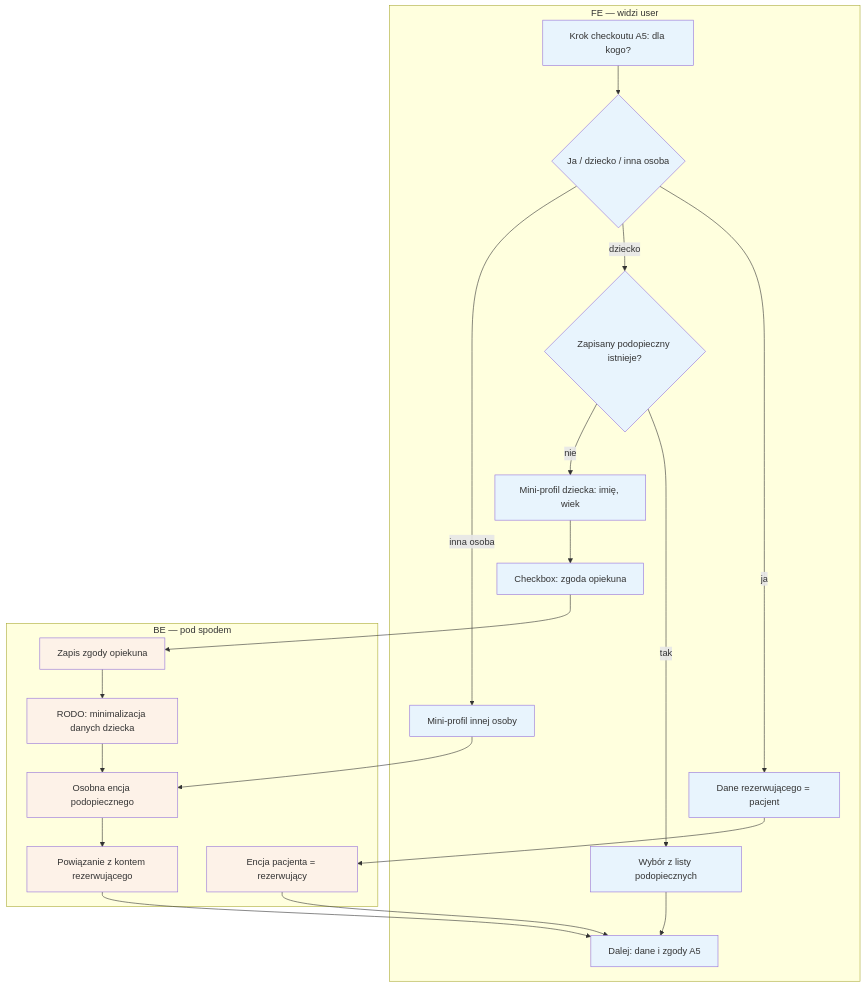
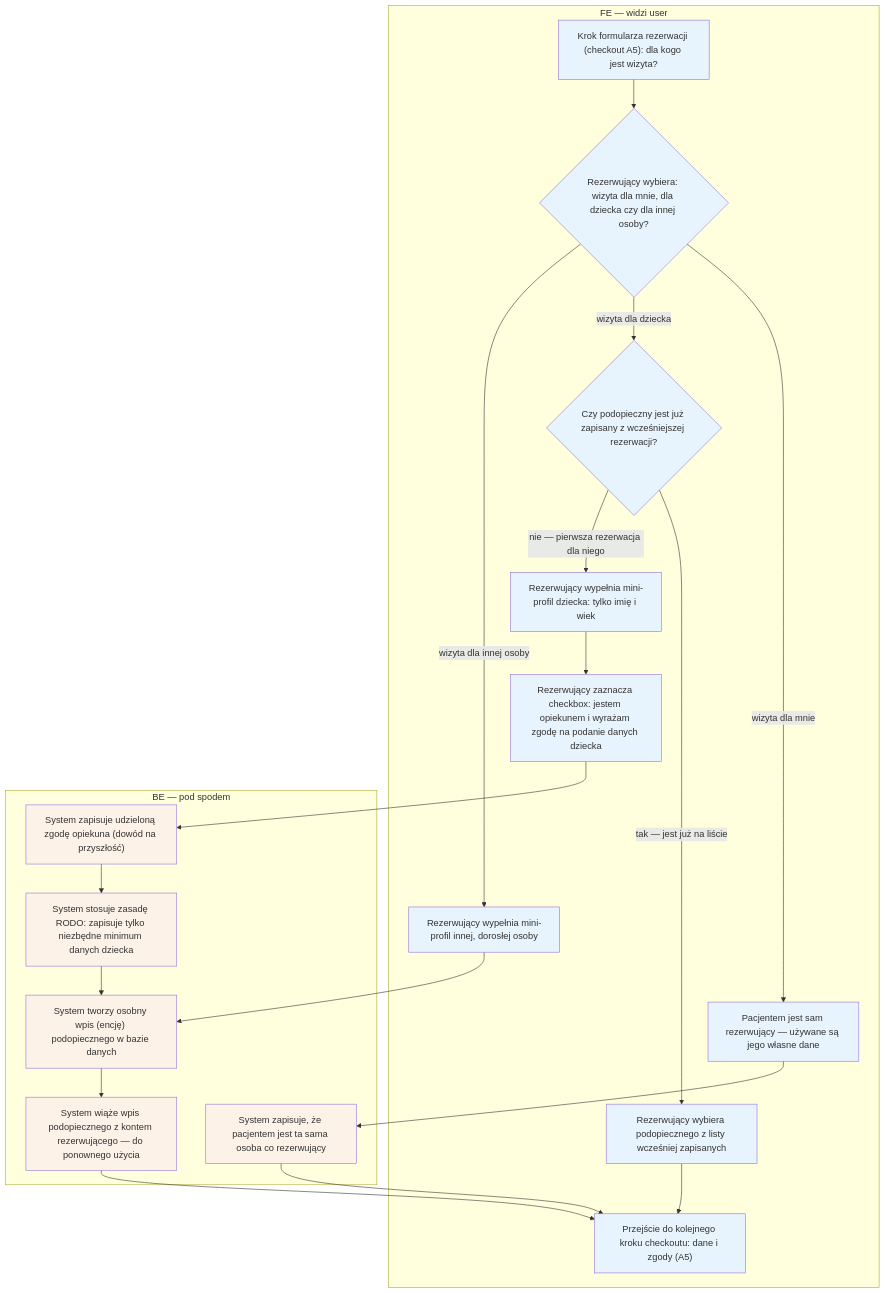
The diagram in diagrams/b-pacjent-konto/b7-pacjent-podopieczny.md (QooperBoy/medivo_portal), drawn with Mermaid before and after one commit. The commit also changed other lines of this file and 47 other files, not shown here.

First line of the commit message:
czytelnosc: pelne etykiety + sekcje Aktorzy i Objasnienie blokow (23 diagramy)

````diff
--- a/diagrams/b-pacjent-konto/b7-pacjent-podopieczny.md
+++ b/diagrams/b-pacjent-konto/b7-pacjent-podopieczny.md
@@ -3,33 +3,33 @@
 ```mermaid
 flowchart TD
     subgraph FE["FE — widzi user"]
-        KROK["Krok checkoutu A5: dla kogo?"]
-        WYBOR{"Ja / dziecko / inna osoba"}
-        JA["Dane rezerwującego = pacjent"]
-        ZAPISANI{"Zapisany podopieczny istnieje?"}
-        WYBORZAP["Wybór z listy podopiecznych"]
-        MINIPROFIL["Mini-profil dziecka: imię, wiek"]
-        ZGODA["Checkbox: zgoda opiekuna"]
-        INNA["Mini-profil innej osoby"]
-        DALEJ["Dalej: dane i zgody A5"]
+        KROK["Krok formularza rezerwacji (checkout A5): dla kogo jest wizyta?"]
+        WYBOR{"Rezerwujący wybiera: wizyta dla mnie, dla dziecka czy dla innej osoby?"}
+        JA["Pacjentem jest sam rezerwujący — używane są jego własne dane"]
+        ZAPISANI{"Czy podopieczny jest już zapisany z wcześniejszej rezerwacji?"}
+        WYBORZAP["Rezerwujący wybiera podopiecznego z listy wcześniej zapisanych"]
+        MINIPROFIL["Rezerwujący wypełnia mini-profil dziecka: tylko imię i wiek"]
+        ZGODA["Rezerwujący zaznacza checkbox: jestem opiekunem i wyrażam zgodę na podanie danych dziecka"]
+        INNA["Rezerwujący wypełnia mini-profil innej, dorosłej osoby"]
+        DALEJ["Przejście do kolejnego kroku checkoutu: dane i zgody (A5)"]
     end
     subgraph BE["BE — pod spodem"]
-        ENCJAJA["Encja pacjenta = rezerwujący"]
-        ZGODAZAPIS["Zapis zgody opiekuna"]
-        RODO["RODO: minimalizacja danych dziecka"]
-        ENCJAP["Osobna encja podopiecznego"]
-        LINKKONTO["Powiązanie z kontem rezerwującego"]
+        ENCJAJA["System zapisuje, że pacjentem jest ta sama osoba co rezerwujący"]
+        ZGODAZAPIS["System zapisuje udzieloną zgodę opiekuna (dowód na przyszłość)"]
+        RODO["System stosuje zasadę RODO: zapisuje tylko niezbędne minimum danych dziecka"]
+        ENCJAP["System tworzy osobny wpis (encję) podopiecznego w bazie danych"]
+        LINKKONTO["System wiąże wpis podopiecznego z kontem rezerwującego — do ponownego użycia"]
     end
     KROK --> WYBOR
-    WYBOR -->|ja| JA --> ENCJAJA --> DALEJ
-    WYBOR -->|dziecko| ZAPISANI
-    ZAPISANI -->|tak| WYBORZAP --> DALEJ
-    ZAPISANI -->|nie| MINIPROFIL --> ZGODA --> ZGODAZAPIS
+    WYBOR -->|wizyta dla mnie| JA --> ENCJAJA --> DALEJ
+    WYBOR -->|wizyta dla dziecka| ZAPISANI
+    ZAPISANI -->|tak — jest już na liście| WYBORZAP --> DALEJ
+    ZAPISANI -->|nie — pierwsza rezerwacja dla niego| MINIPROFIL --> ZGODA --> ZGODAZAPIS
     ZGODAZAPIS --> RODO --> ENCJAP
-    WYBOR -->|inna osoba| INNA --> ENCJAP
+    WYBOR -->|wizyta dla innej osoby| INNA --> ENCJAP
     ENCJAP --> LINKKONTO --> DALEJ
     classDef fe fill:#e8f4fd
     classDef be fill:#fdf2e8
     class KROK,WYBOR,JA,ZAPISANI,WYBORZAP,MINIPROFIL,ZGODA,INNA,DALEJ fe
     class ENCJAJA,ZGODAZAPIS,RODO,ENCJAP,LINKKONTO be
 ```
````
